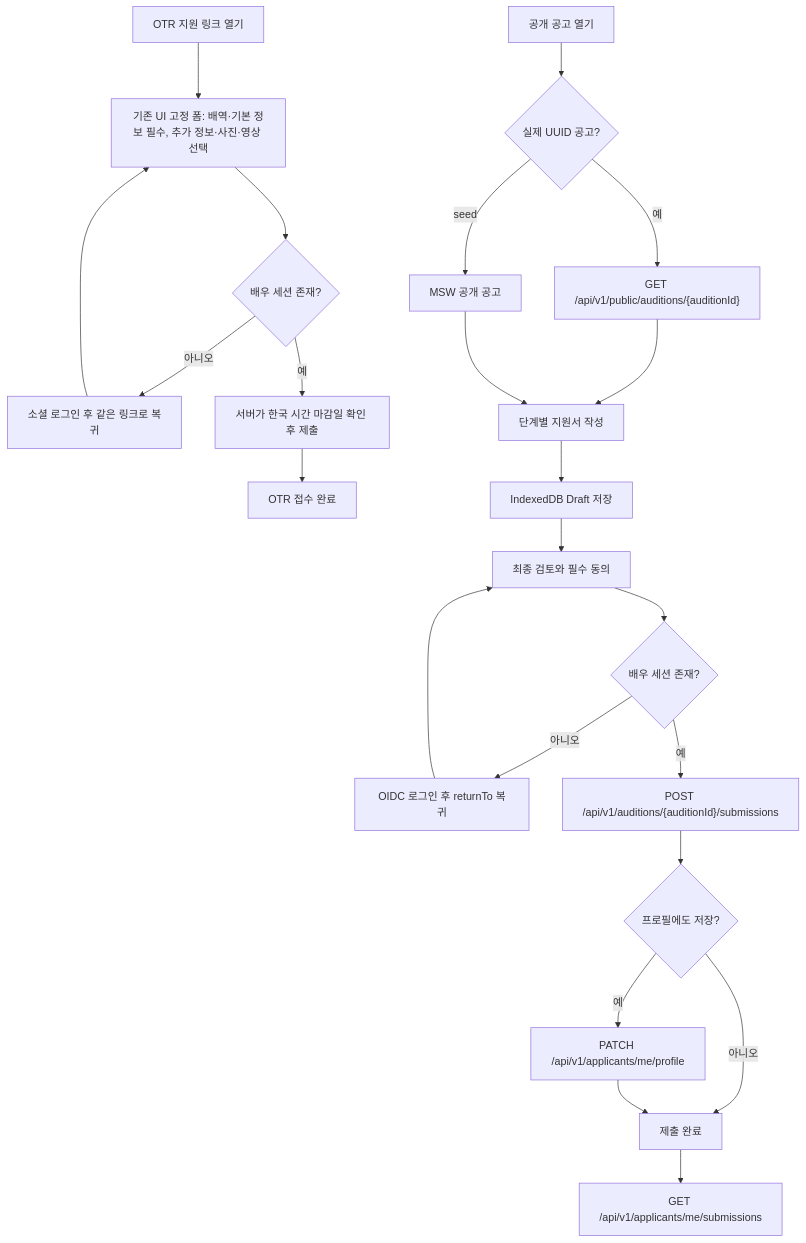
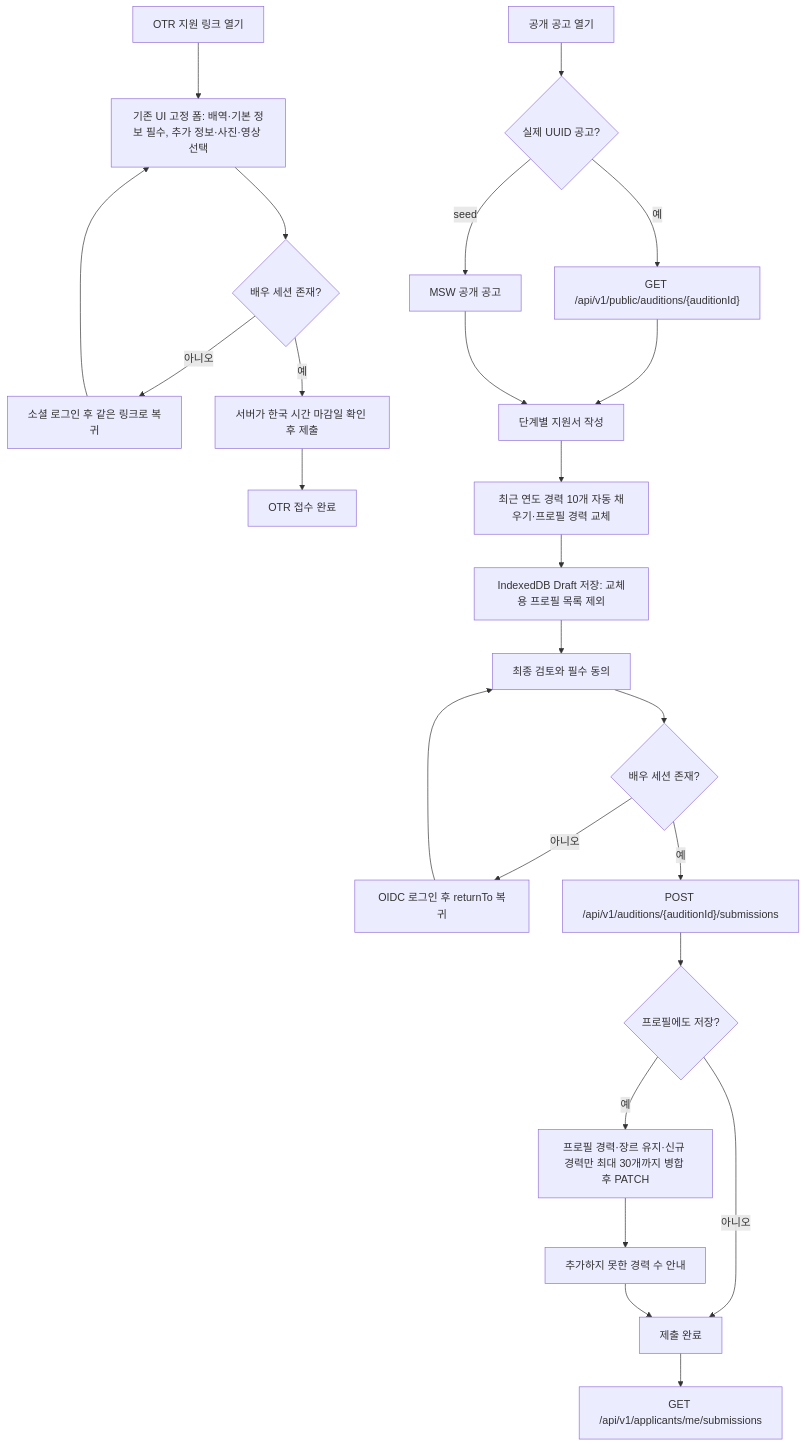
Before and after one commit to woowacourse-teams/2026-yesulin: the diagram in frontend/docs/user-flows/applicant.mmd, drawn with Mermaid. The commit also changed 40 other files, not shown here.

```diff
--- a/frontend/docs/user-flows/applicant.mmd
+++ b/frontend/docs/user-flows/applicant.mmd
@@ -1,23 +1,25 @@
 flowchart TD
     OTR_LINK["OTR 지원 링크 열기"] --> OTR_FORM["기존 UI 고정 폼: 배역·기본 정보 필수, 추가 정보·사진·영상 선택"]
     OTR_FORM --> OTR_LOGIN{"배우 세션 존재?"}
     OTR_LOGIN -- 아니오 --> OTR_AUTH["소셜 로그인 후 같은 링크로 복귀"]
     OTR_AUTH --> OTR_FORM
     OTR_LOGIN -- 예 --> OTR_SUBMIT["서버가 한국 시간 마감일 확인 후 제출"]
     OTR_SUBMIT --> OTR_DONE["OTR 접수 완료"]
     OPEN["공개 공고 열기"] --> LOAD{"실제 UUID 공고?"}
     LOAD -- 예 --> REAL["GET /api/v1/public/auditions/{auditionId}"]
     LOAD -- seed --> MOCK["MSW 공개 공고"]
     REAL --> WRITE["단계별 지원서 작성"]
     MOCK --> WRITE
-    WRITE --> DRAFT["IndexedDB Draft 저장"]
+    WRITE --> CAREER["최근 연도 경력 10개 자동 채우기·프로필 경력 교체"]
+    CAREER --> DRAFT["IndexedDB Draft 저장: 교체용 프로필 목록 제외"]
     DRAFT --> REVIEW["최종 검토와 필수 동의"]
     REVIEW --> AUTH{"배우 세션 존재?"}
     AUTH -- 아니오 --> LOGIN["OIDC 로그인 후 returnTo 복귀"]
     LOGIN --> REVIEW
     AUTH -- 예 --> SUBMIT["POST /api/v1/auditions/{auditionId}/submissions"]
     SUBMIT --> PROFILE{"프로필에도 저장?"}
-    PROFILE -- 예 --> PATCH["PATCH /api/v1/applicants/me/profile"]
+    PROFILE -- 예 --> PATCH["프로필 경력·장르 유지·신규 경력만 최대 30개까지 병합 후 PATCH"]
     PROFILE -- 아니오 --> DONE["제출 완료"]
-    PATCH --> DONE
+    PATCH --> OVERFLOW["추가하지 못한 경력 수 안내"]
+    OVERFLOW --> DONE
     DONE --> HISTORY["GET /api/v1/applicants/me/submissions"]
```
